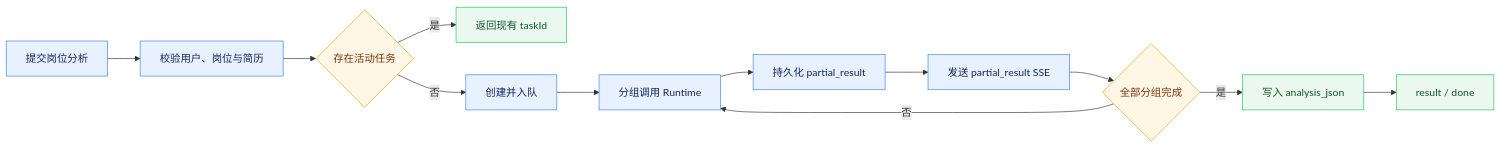
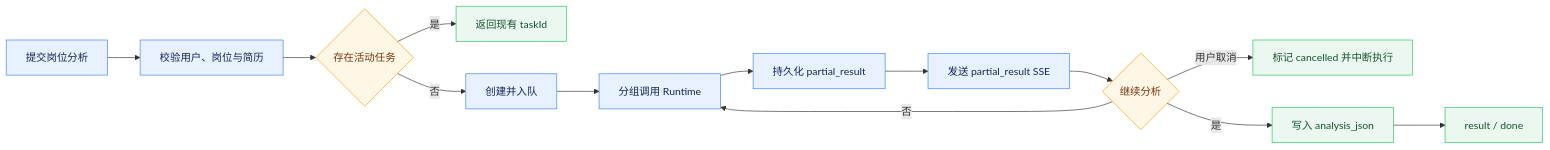
The diagram in agent-doc/业务能力/岗位分析与收藏管理.md (Logistic98/job-buddy), drawn with Mermaid before and after one commit. The commit also changed other lines of this file and 111 other files, not shown here.

````diff
--- a/agent-doc/业务能力/岗位分析与收藏管理.md
+++ b/agent-doc/业务能力/岗位分析与收藏管理.md
@@ -27,21 +27,22 @@
 ```mermaid
 graph LR
     A[提交岗位分析] --> B["校验用户、岗位与简历"]
     B --> C{存在活动任务}
     C -->|是| D[返回现有 taskId]
     C -->|否| E[创建并入队]
     E --> F[分组调用 Runtime]
     F --> G[持久化 partial_result]
     G --> H[发送 partial_result SSE]
-    H --> I{全部分组完成}
+    H --> I{继续分析}
+    I -->|用户取消| L[标记 cancelled 并中断执行]
     I -->|否| F
     I -->|是| J[写入 analysis_json]
     J --> K[result / done]
 
     classDef process fill:#E8F1FF,stroke:#3B82F6,color:#172554;
     classDef decision fill:#FFF7E6,stroke:#F59E0B,color:#78350F;
     classDef result fill:#EAF8F0,stroke:#22C55E,color:#14532D;
     class A,B,E,F,G,H process;
     class C,I decision;
-    class D,J,K result;
+    class D,J,K,L result;
 ```
````
